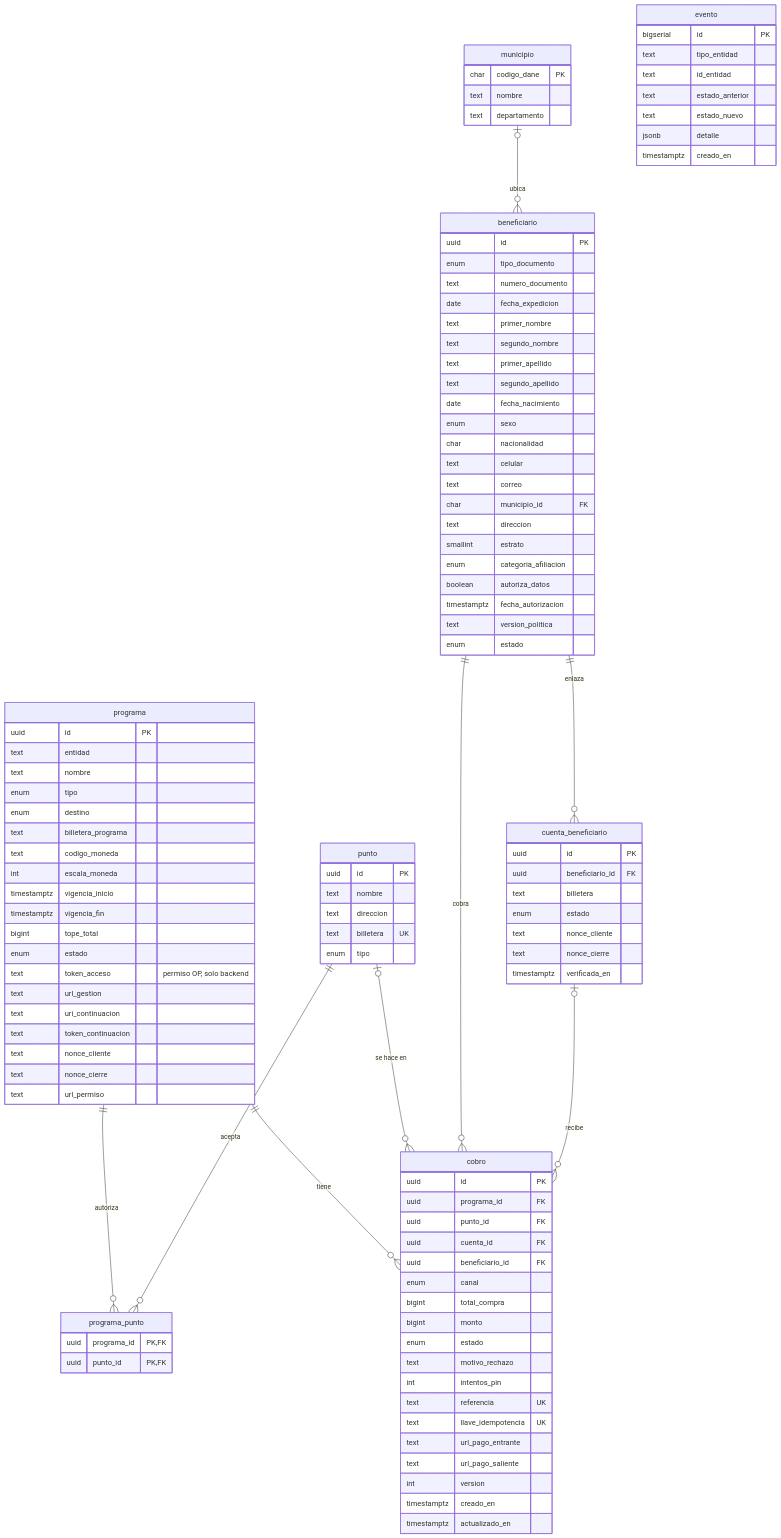
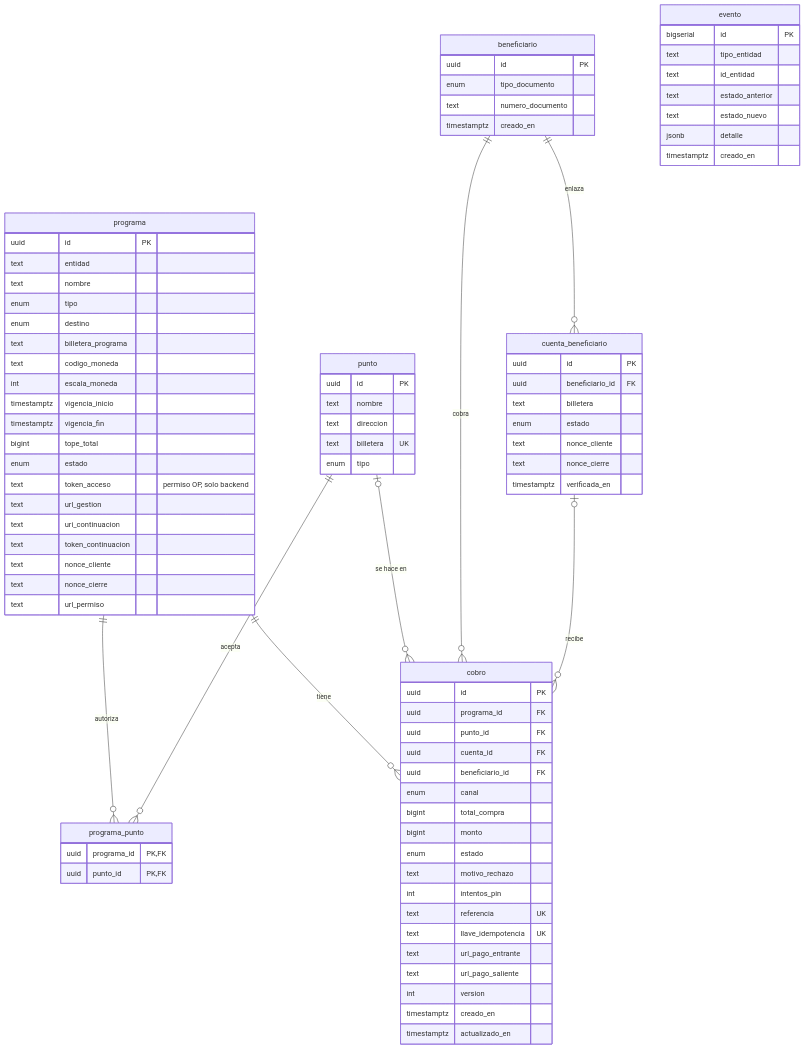
Before and after one commit to mauromaecha921-ship-it/test-openpayment: the diagram in db/README.md, drawn with Mermaid. The commit also changed other lines of this file and 2 other files, not shown here.

Commit message:
Base de datos: beneficiario mínimo (somos pasarela)
Como pasarela, de la persona solo se guarda lo que se verifica para la
transacción: tipo y número de documento (más la billetera verificada en
cuenta_beneficiario). Se retiran nombre, datos demográficos, contacto,
afiliación y autorización de datos, el catálogo municipio y la vista de edad.
Esos datos viven en Colsubsidio y se consultan en la liquidación.

```diff
--- a/db/README.md
+++ b/db/README.md
@@ -29,7 +33,6 @@
   beneficiario ||--o{ cuenta_beneficiario : enlaza
   beneficiario ||--o{ cobro : cobra
   cuenta_beneficiario |o--o{ cobro : recibe
-  municipio |o--o{ beneficiario : ubica
 
   programa {
     uuid id PK
@@ -96,29 +99,7 @@
     uuid id PK
     enum tipo_documento
     text numero_documento
-    date fecha_expedicion
-    text primer_nombre
-    text segundo_nombre
-    text primer_apellido
-    text segundo_apellido
-    date fecha_nacimiento
-    enum sexo
-    char nacionalidad
-    text celular
-    text correo
-    char municipio_id FK
-    text direccion
-    smallint estrato
-    enum categoria_afiliacion
-    boolean autoriza_datos
-    timestamptz fecha_autorizacion
-    text version_politica
-    enum estado
-  }
-  municipio {
-    char codigo_dane PK
-    text nombre
-    text departamento
+    timestamptz creado_en
   }
   evento {
     bigserial id PK
```
